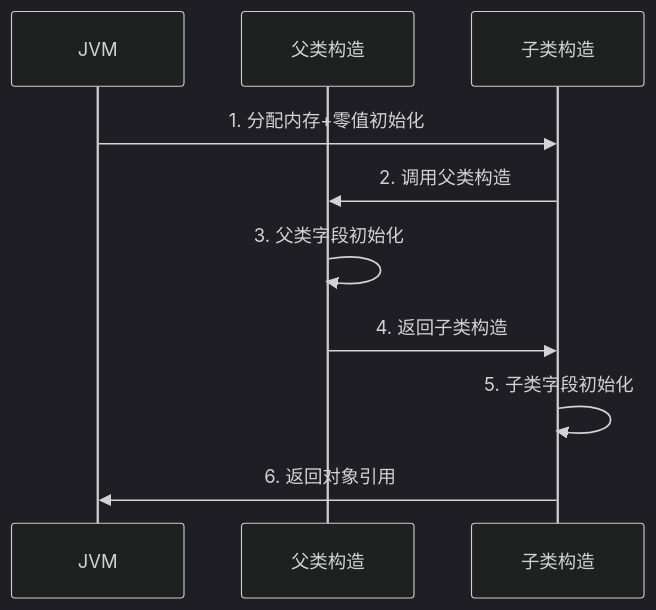
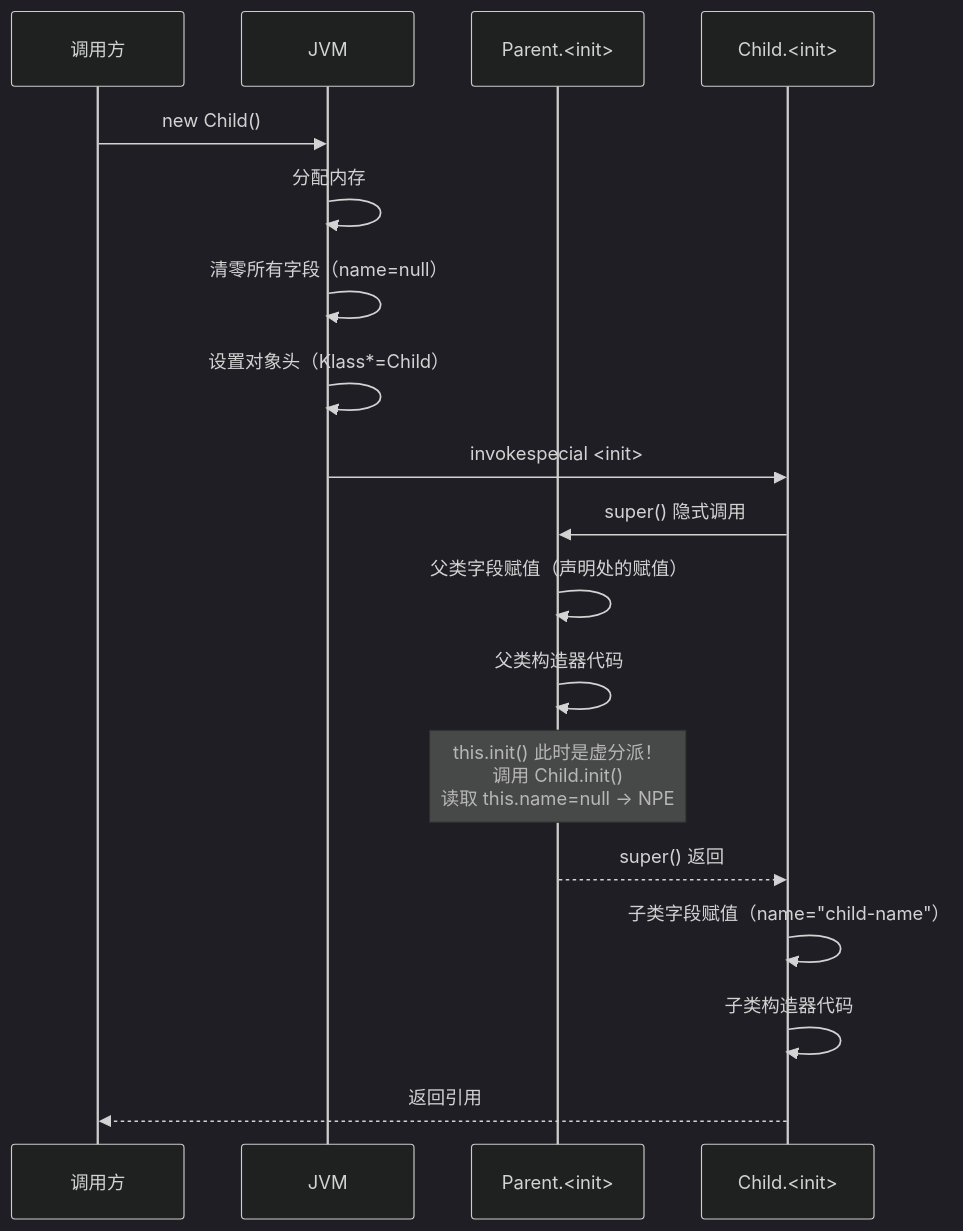
Before and after one commit to chongyang211/YCBookBlog: diagram 13 of 25 in 00.通用技术的提升/02.程序编程原理/08.对象创建流程原理.md, drawn with Mermaid (dark theme). The commit also changed other lines of this file and 4 other files, not shown here.

````diff
--- a/00.通用技术的提升/02.程序编程原理/08.对象创建流程原理.md
+++ b/00.通用技术的提升/02.程序编程原理/08.对象创建流程原理.md
@@ -717,13 +1394,23 @@
 ```mermaid
 sequenceDiagram
+    participant Caller as 调用方
     participant JVM as JVM
-    participant Parent as 父类构造
-    participant Child as 子类构造
+    participant Parent as Parent.<init>
+    participant Child as Child.<init>
     
-    JVM->>Child: 1. 分配内存+零值初始化
-    Child->>Parent: 2. 调用父类构造
-    Parent->>Parent: 3. 父类字段初始化
-    Parent->>Child: 4. 返回子类构造
-    Child->>Child: 5. 子类字段初始化
-    Child->>JVM: 6. 返回对象引用
+    Caller->>JVM: new Child()
+    JVM->>JVM: 分配内存
+    JVM->>JVM: 清零所有字段（name=null）
+    JVM->>JVM: 设置对象头（Klass*=Child）
+    JVM->>Child: invokespecial <init>
+    
+    Child->>Parent: super() 隐式调用
+    Parent->>Parent: 父类字段赋值（声明处的赋值）
+    Parent->>Parent: 父类构造器代码
+    Note over Parent: this.init() 此时是虚分派！<br/>调用 Child.init()<br/>读取 this.name=null → NPE
+    Parent-->>Child: super() 返回
+    
+    Child->>Child: 子类字段赋值（name="child-name"）
+    Child->>Child: 子类构造器代码
+    Child-->>Caller: 返回引用
 ```
````
